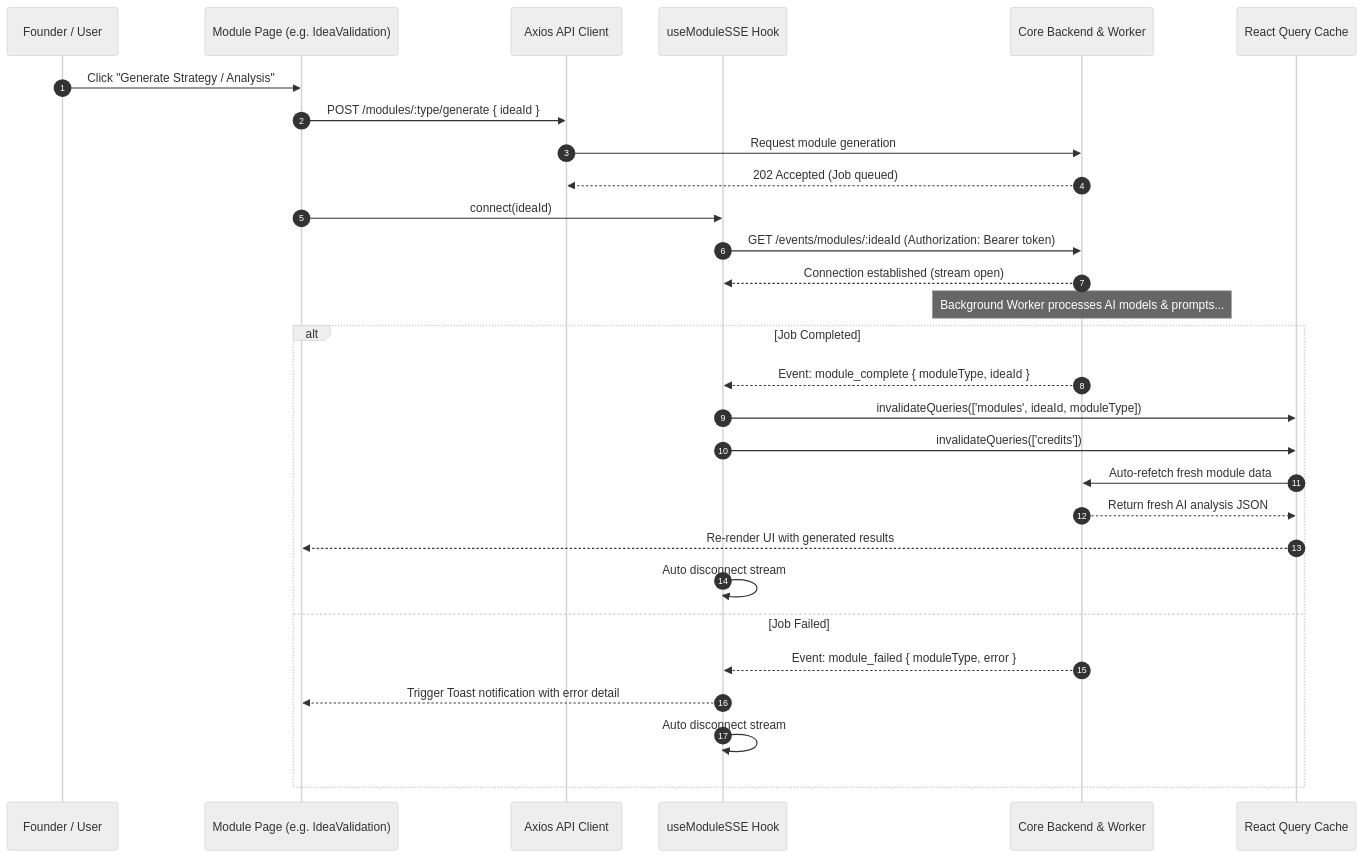
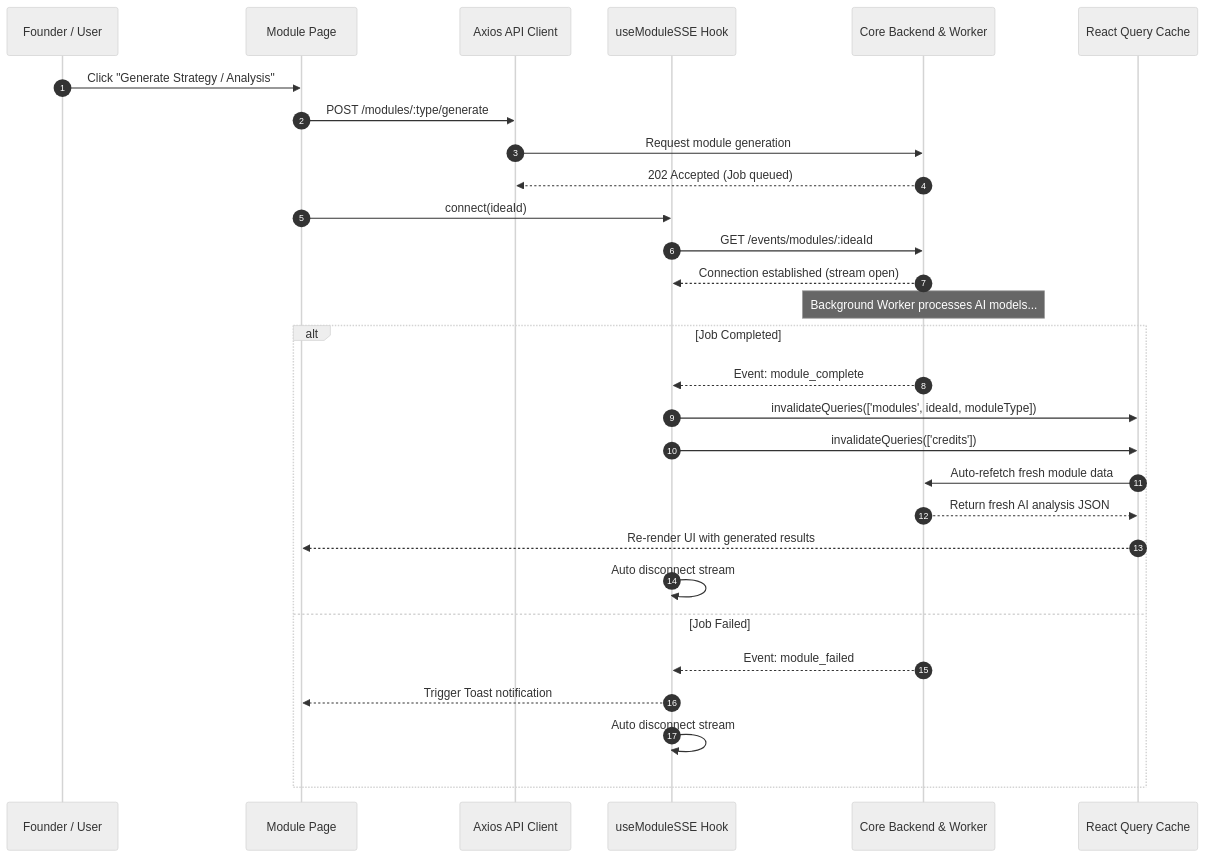
The second of 4 diagrams in README.md (Nikhilkumar2311/pitchrr_frontend), drawn with Mermaid (neutral theme) before and after one commit. The commit also changed other lines of this file, not shown here.

````diff
--- a/README.md
+++ b/README.md
@@ -104,35 +108,35 @@
 ```mermaid
 sequenceDiagram
     autonumber
     participant User as Founder / User
-    participant Page as Module Page (e.g. IdeaValidation)
+    participant Page as Module Page
     participant Axios as Axios API Client
     participant SSE as useModuleSSE Hook
     participant Backend as Core Backend & Worker
     participant Query as React Query Cache
 
     User->>Page: Click "Generate Strategy / Analysis"
-    Page->>Axios: POST /modules/:type/generate { ideaId }
+    Page->>Axios: POST /modules/:type/generate
     Axios->>Backend: Request module generation
     Backend-->>Axios: 202 Accepted (Job queued)
     
     Page->>SSE: connect(ideaId)
-    SSE->>Backend: GET /events/modules/:ideaId (Authorization: Bearer token)
+    SSE->>Backend: GET /events/modules/:ideaId
     Backend-->>SSE: Connection established (stream open)
     
-    Note over Backend: Background Worker processes AI models & prompts...
+    Note over Backend: Background Worker processes AI models...
     
     alt Job Completed
-        Backend-->>SSE: Event: module_complete { moduleType, ideaId }
+        Backend-->>SSE: Event: module_complete
         SSE->>Query: invalidateQueries(['modules', ideaId, moduleType])
         SSE->>Query: invalidateQueries(['credits'])
         Query->>Backend: Auto-refetch fresh module data
         Backend-->>Query: Return fresh AI analysis JSON
         Query-->>Page: Re-render UI with generated results
         SSE->>SSE: Auto disconnect stream
     else Job Failed
-        Backend-->>SSE: Event: module_failed { moduleType, error }
-        SSE-->>Page: Trigger Toast notification with error detail
+        Backend-->>SSE: Event: module_failed
+        SSE-->>Page: Trigger Toast notification
         SSE->>SSE: Auto disconnect stream
     end
 ```
````
